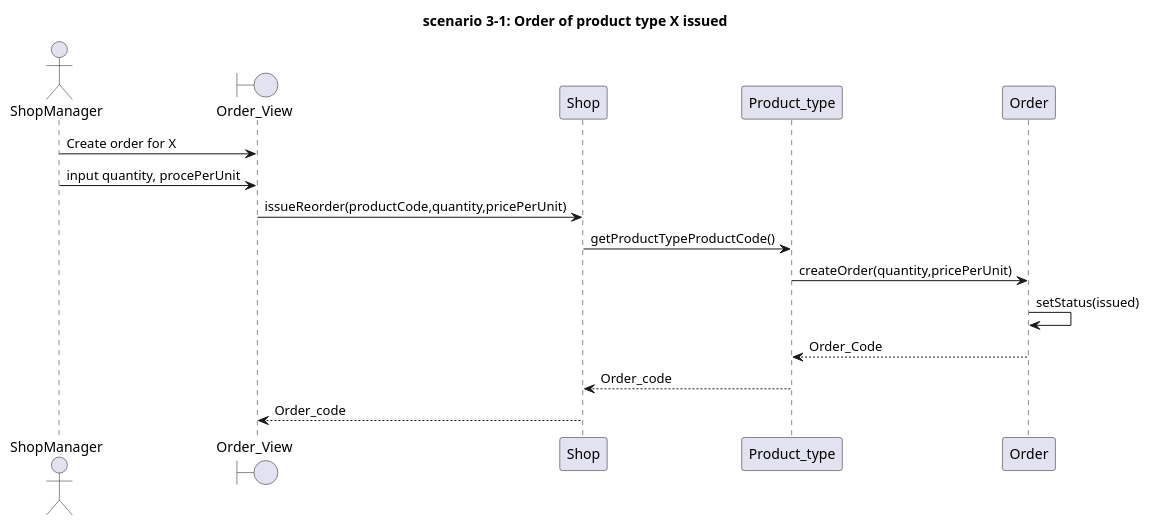
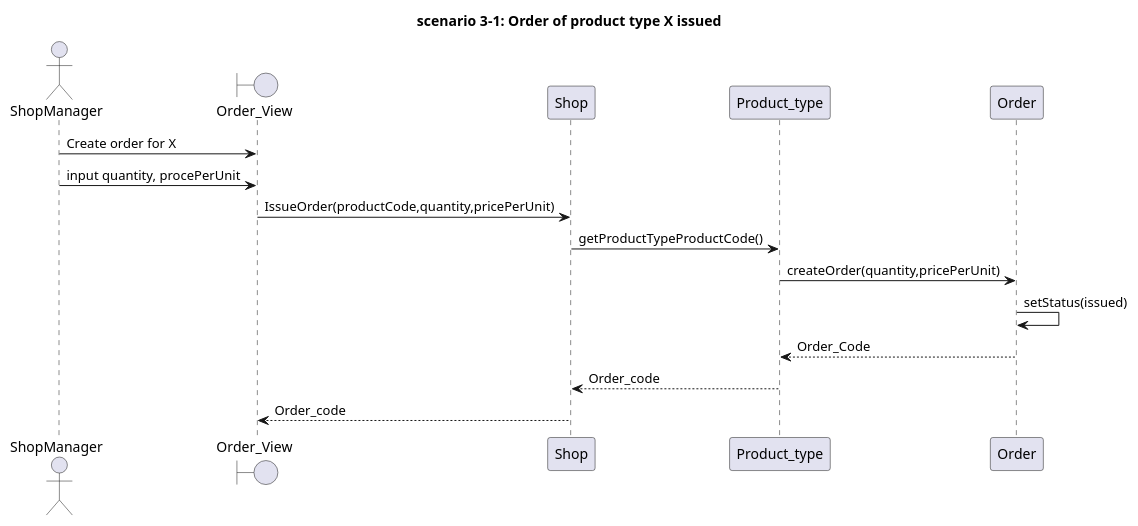
The ninth of 31 diagrams in Deliverables/DesignDocument.md (zitabou/EZShop), drawn with PlantUML before and after one commit. The commit also changed other lines of this file, not shown here.

````diff
--- a/Deliverables/DesignDocument.md
+++ b/Deliverables/DesignDocument.md
@@ -405,19 +398,19 @@
 ```plantuml
 
 title
 scenario 3-1: Order of product type X issued
 end title
 
 actor ShopManager
 Boundary Order_View
 ShopManager -> Order_View: Create order for X
 ShopManager -> Order_View: input quantity, procePerUnit
-Order_View->Shop: issueReorder(productCode,quantity,pricePerUnit)
+Order_View->Shop: IssueOrder(productCode,quantity,pricePerUnit)
 Shop -> Product_type: getProductTypeProductCode()
 Product_type->Order: createOrder(quantity,pricePerUnit)
 Order->Order: setStatus(issued) 
 Order --> Product_type: Order_Code
 Product_type -->Shop: Order_code
 Shop-->Order_View: Order_code 
 
 ```
````
